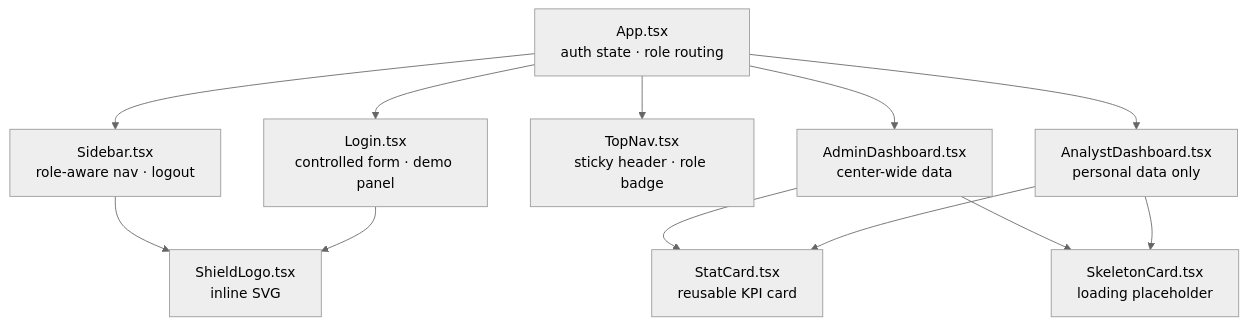
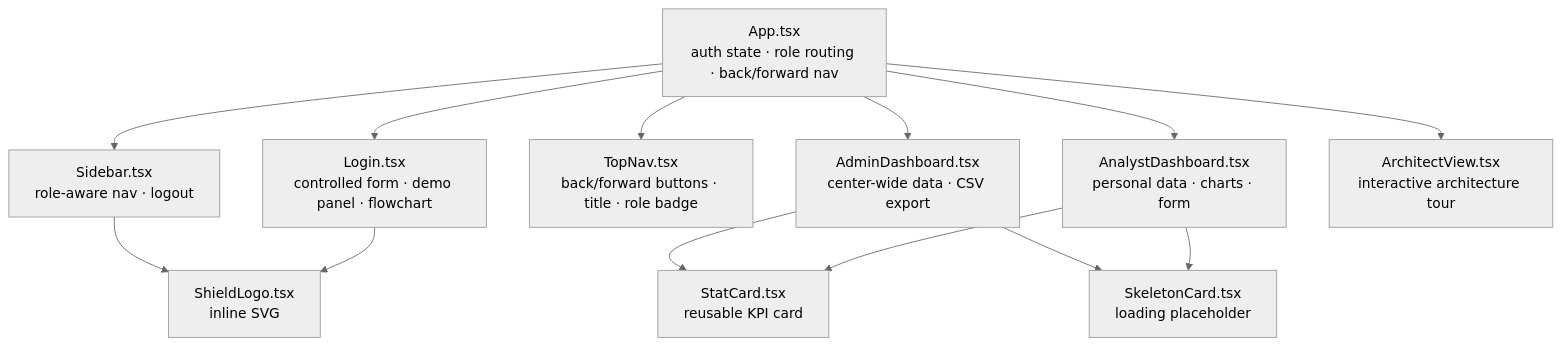
One commit to ArmandoSNHU/Secure_City_PD_RTCC_Dashboard changed the second of 4 diagrams in README.md. Above: the diagram before and after it, drawn with Mermaid (neutral theme). The commit also changed other lines of this file and 1 other file, not shown here.

````diff
--- a/README.md
+++ b/README.md
@@ -201,14 +212,15 @@
 ```mermaid
 graph TD
-    App[App.tsx\nauth state · role routing] --> Login[Login.tsx\ncontrolled form · demo panel]
+    App[App.tsx\nauth state · role routing · back/forward nav] --> Login[Login.tsx\ncontrolled form · demo panel · flowchart]
     App --> Sidebar[Sidebar.tsx\nrole-aware nav · logout]
-    App --> TopNav[TopNav.tsx\nsticky header · role badge]
-    App --> Admin[AdminDashboard.tsx\ncenter-wide data]
-    App --> Analyst[AnalystDashboard.tsx\npersonal data only]
+    App --> TopNav[TopNav.tsx\nback/forward buttons · title · role badge]
+    App --> Admin[AdminDashboard.tsx\ncenter-wide data · CSV export]
+    App --> Analyst[AnalystDashboard.tsx\npersonal data · charts · form]
+    App --> Arch[ArchitectView.tsx\ninteractive architecture tour]
     Admin --> SC[StatCard.tsx\nreusable KPI card]
     Admin --> SK[SkeletonCard.tsx\nloading placeholder]
     Analyst --> SC
     Analyst --> SK
     Sidebar --> SL[ShieldLogo.tsx\ninline SVG]
     Login --> SL
 ```
````
